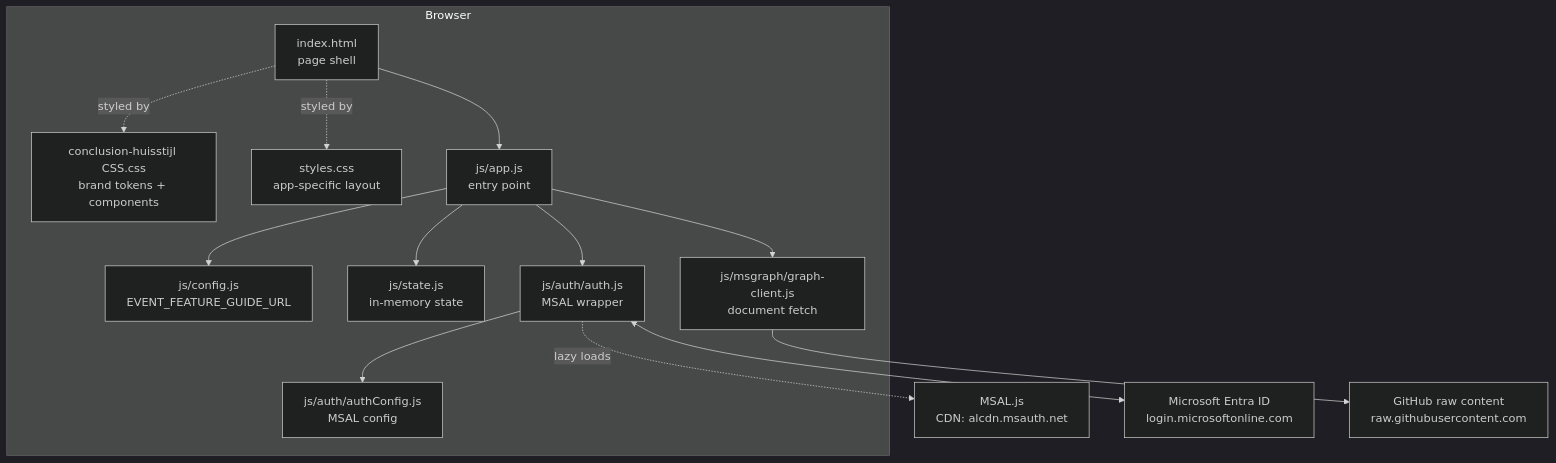
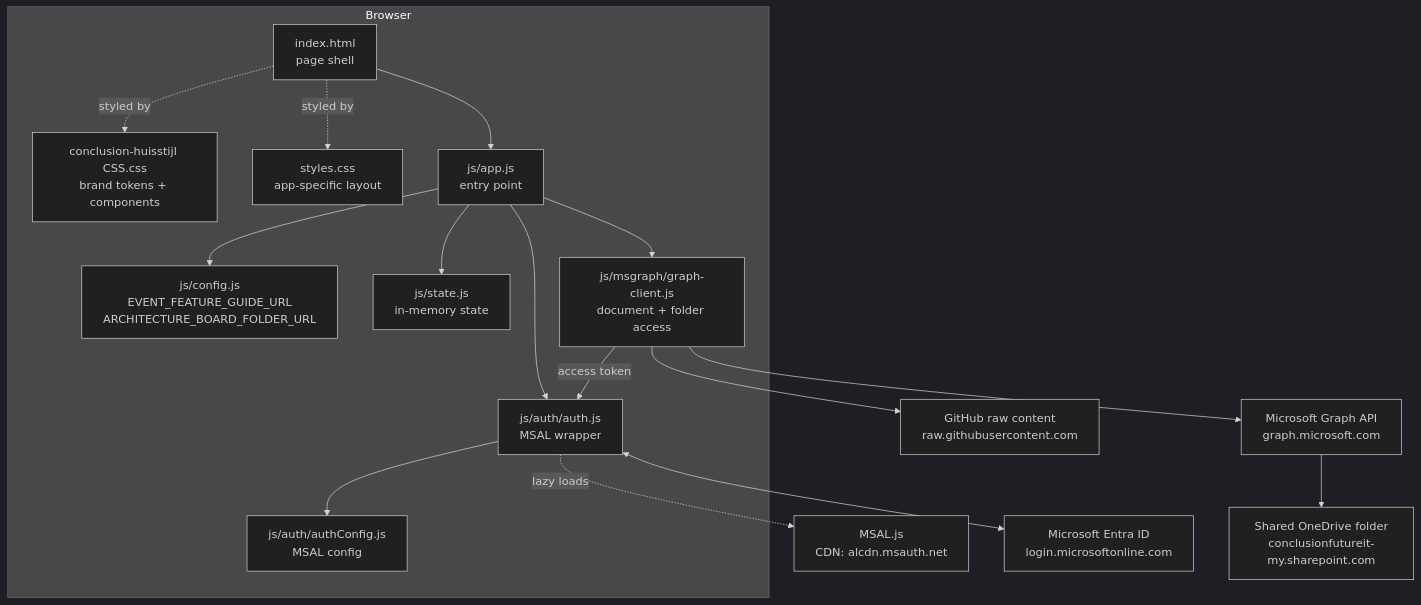
One commit to lucasjellema/cab-app changed the first of 3 diagrams in architecture.md. Above: the diagram before and after it, drawn with Mermaid (dark theme). The commit also changed other lines of this file and 7 other files, not shown here.

Commit message:
support for reading document from shared one drive folder and writing document to shared OneDrive folder

````diff
--- a/architecture.md
+++ b/architecture.md
@@ -43,30 +46,35 @@
 ```mermaid
 flowchart TB
     subgraph Browser
         HTML[index.html<br/>page shell]
         CSS1[conclusion-huisstijl CSS.css<br/>brand tokens + components]
         CSS2[styles.css<br/>app-specific layout]
         APP[js/app.js<br/>entry point]
-        CFG[js/config.js<br/>EVENT_FEATURE_GUIDE_URL]
+        CFG[js/config.js<br/>EVENT_FEATURE_GUIDE_URL<br/>ARCHITECTURE_BOARD_FOLDER_URL]
         STATE[js/state.js<br/>in-memory state]
         AUTHCFG[js/auth/authConfig.js<br/>MSAL config]
         AUTH[js/auth/auth.js<br/>MSAL wrapper]
-        GRAPH[js/msgraph/graph-client.js<br/>document fetch]
+        GRAPH[js/msgraph/graph-client.js<br/>document + folder access]
     end
 
     MSAL[MSAL.js<br/>CDN: alcdn.msauth.net]
     ENTRA[Microsoft Entra ID<br/>login.microsoftonline.com]
     GH[GitHub raw content<br/>raw.githubusercontent.com]
+    GRAPHAPI[Microsoft Graph API<br/>graph.microsoft.com]
+    OD[Shared OneDrive folder<br/>conclusionfutureit-my.sharepoint.com]
 
     HTML --> APP
     HTML -.styled by.-> CSS1
     HTML -.styled by.-> CSS2
     APP --> STATE
     APP --> CFG
     APP --> AUTH
     APP --> GRAPH
     AUTH --> AUTHCFG
     AUTH -. lazy loads .-> MSAL
     AUTH <--> ENTRA
     GRAPH --> GH
+    GRAPH -- access token --> AUTH
+    GRAPH --> GRAPHAPI
+    GRAPHAPI --> OD
 ```
````
